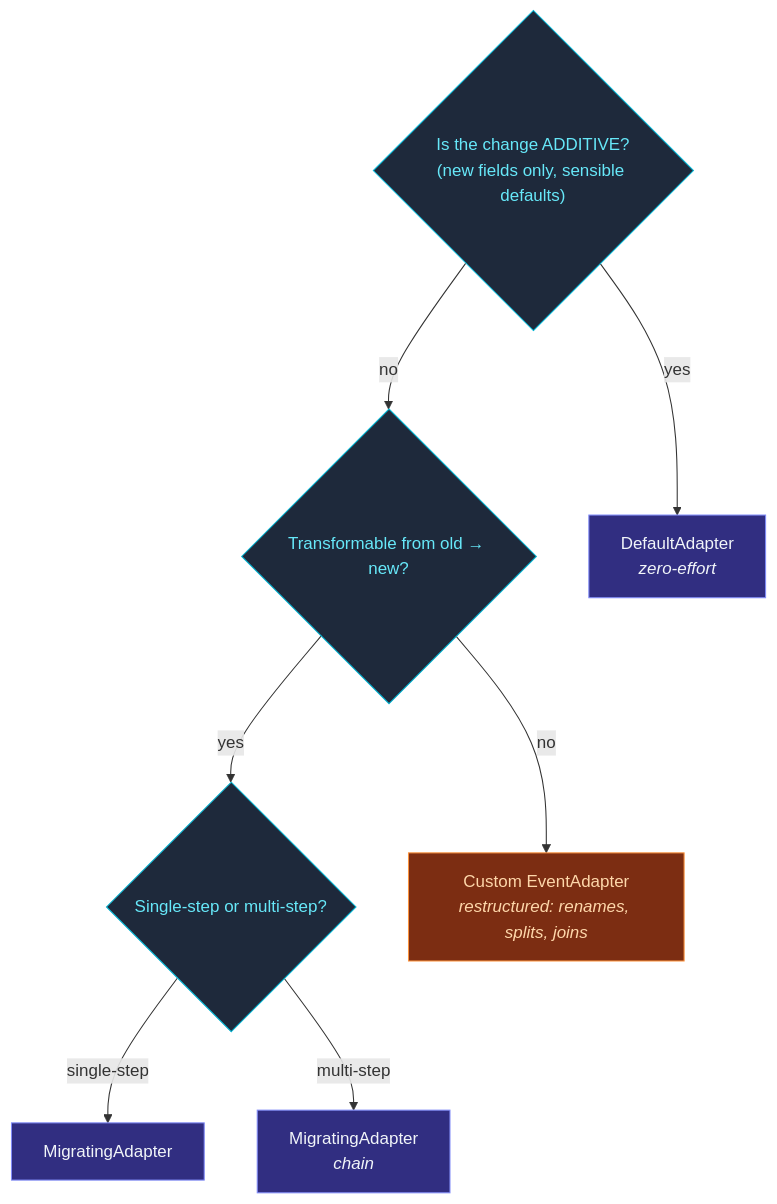
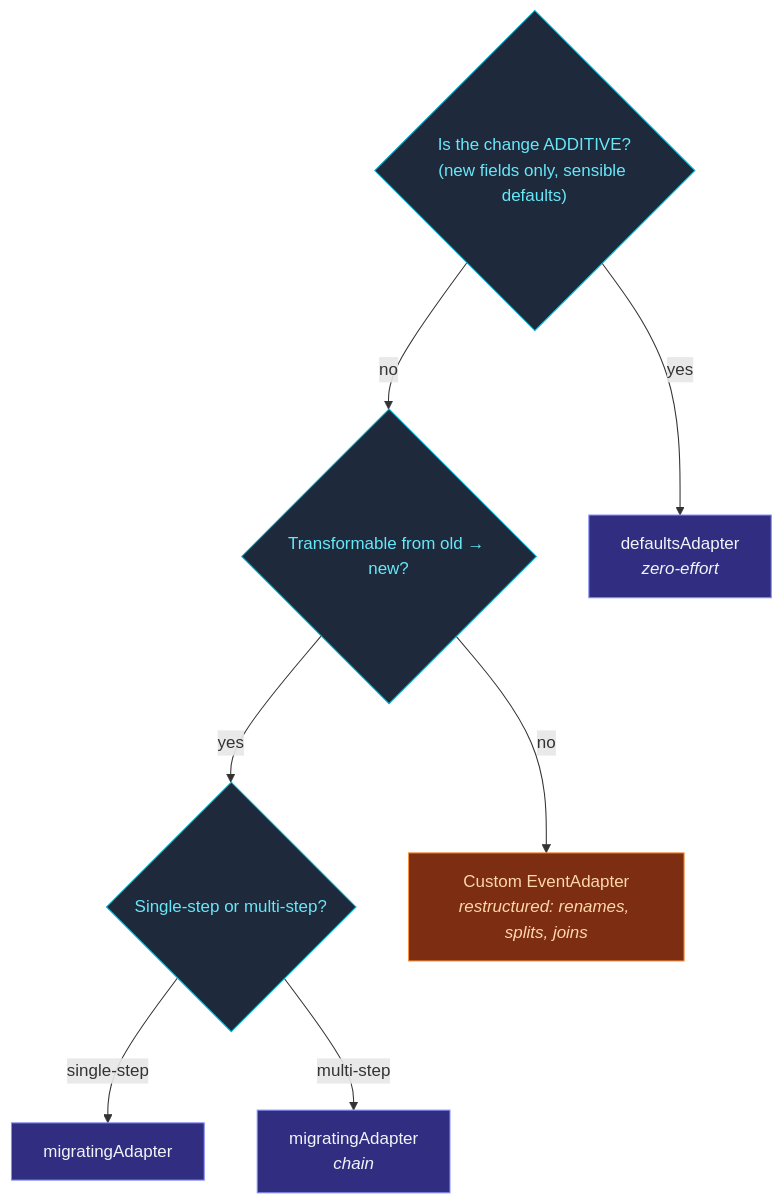
The diagram in docs/src/content/docs/persistence/migration/overview.mdx (pathosDev/actor-ts), drawn with Mermaid before and after one commit. The commit also changed other lines of this file and 15 other files, not shown here.

````diff
--- a/docs/src/content/docs/persistence/migration/overview.mdx
+++ b/docs/src/content/docs/persistence/migration/overview.mdx
@@ -123,22 +123,22 @@
 ```mermaid
 flowchart TB
   Q1{"Is the change ADDITIVE?<br/>(new fields only, sensible defaults)"}
   Q2{"Transformable from old → new?"}
   Q3{"Single-step or multi-step?"}
-  DEF["DefaultAdapter<br/><i>zero-effort</i>"]
-  MIG1["MigratingAdapter"]
-  MIG2["MigratingAdapter<br/><i>chain</i>"]
+  DEF["defaultsAdapter<br/><i>zero-effort</i>"]
+  MIG1["migratingAdapter"]
+  MIG2["migratingAdapter<br/><i>chain</i>"]
   CUSTOM["Custom EventAdapter<br/><i>restructured: renames, splits, joins</i>"]
   Q1 -- "yes" --> DEF
   Q1 -- "no" --> Q2
   Q2 -- "yes" --> Q3
   Q2 -- "no" --> CUSTOM
   Q3 -- "single-step" --> MIG1
   Q3 -- "multi-step" --> MIG2
   classDef q  fill:#1e293b,stroke:#06b6d4,color:#67e8f9;
   classDef ok fill:#312e81,stroke:#818cf8,color:#f1f5f9;
   classDef warn fill:#7c2d12,stroke:#fb923c,color:#fed7aa;
   class Q1,Q2,Q3 q
   class DEF,MIG1,MIG2 ok
   class CUSTOM warn
 ```
````
